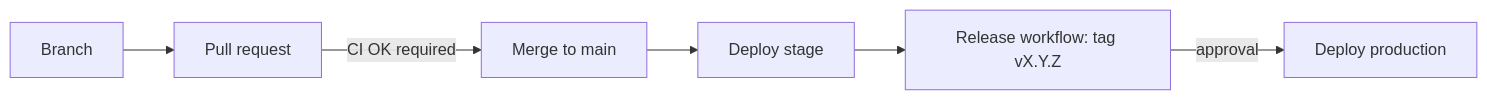
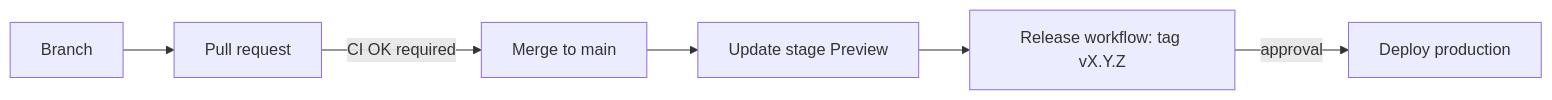
Before and after one commit to greenblacked/Notes: the diagram in README.md, drawn with Mermaid. The commit also changed other lines of this file and 2 other files, not shown here.

Commit message:
docs: document the stage preview and the migration from notes-stage

````diff
--- a/README.md
+++ b/README.md
@@ -50,8 +51,8 @@
 ```mermaid
 flowchart LR
     A[Branch] --> B[Pull request]
     B -->|CI OK required| C[Merge to main]
-    C --> D[Deploy stage]
+    C --> D[Update stage Preview]
     D --> E[Release workflow: tag vX.Y.Z]
     E -->|approval| F[Deploy production]
 ```
````
